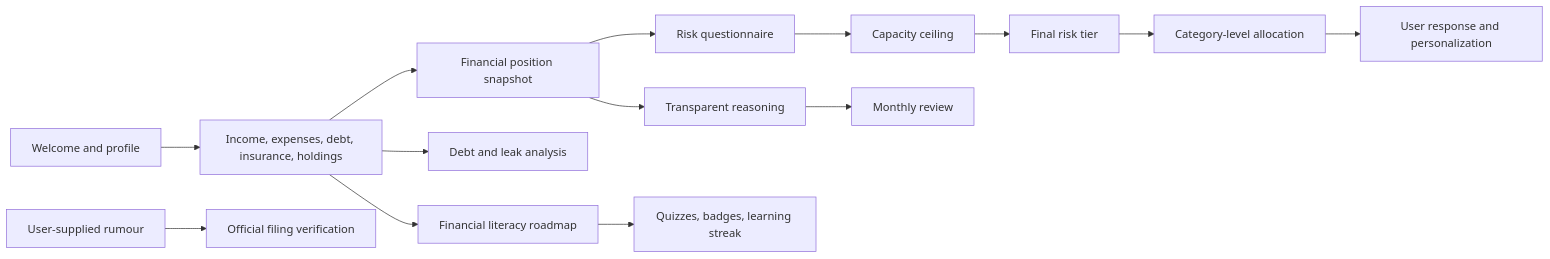
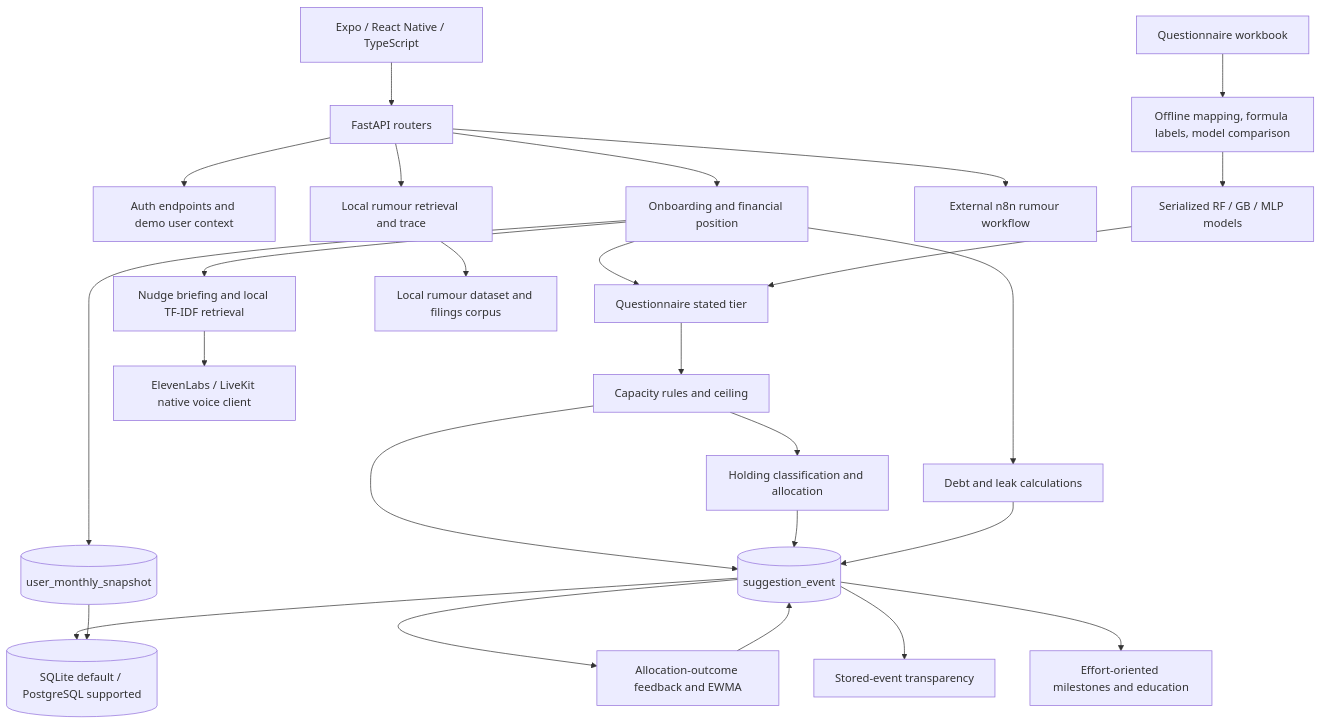
Before and after one commit to saun09/Finance_LY_Project: the diagram in README.md, drawn with Mermaid. The commit also changed other lines of this file and 191 other files, not shown here.

````diff
--- a/README.md
+++ b/README.md
@@ -145,16 +88,43 @@
 ```mermaid
-flowchart LR
-    A[Welcome and profile] --> B[Income, expenses, debt, insurance, holdings]
-    B --> C[Financial position snapshot]
-    C --> D[Risk questionnaire]
-    D --> E[Capacity ceiling]
-    E --> F[Final risk tier]
-    F --> G[Category-level allocation]
-    B --> H[Debt and leak analysis]
-    G --> I[User response and personalization]
-    C --> J[Transparent reasoning]
-    J --> K[Monthly review]
-    B --> L[Financial literacy roadmap]
-    L --> M[Quizzes, badges, learning streak]
-    N[User-supplied rumour] --> O[Official filing verification]
+flowchart TD
+  UI[Expo / React Native / TypeScript]
+  API[FastAPI routers]
+  AUTH[Auth endpoints and demo user context]
+  ONB[Onboarding and financial position]
+  RISK[Questionnaire stated tier]
+  CAP[Capacity rules and ceiling]
+  ALLOC[Holding classification and allocation]
+  DEBT[Debt and leak calculations]
+  FB[Allocation-outcome feedback and EWMA]
+  TRANS[Stored-event transparency]
+  GAM[Effort-oriented milestones and education]
+  NUDGE[Nudge briefing and local TF-IDF retrieval]
+  NATIVE[ElevenLabs / LiveKit native voice client]
+  LOCAL[Local rumour retrieval and trace]
+  N8N[External n8n rumour workflow]
+  EVENTS[(suggestion_event)]
+  SNAP[(user_monthly_snapshot)]
+  DB[(SQLite default / PostgreSQL supported)]
+  XLSX[Questionnaire workbook]
+  TRAIN[Offline mapping, formula labels, model comparison]
+  PKL[Serialized RF / GB / MLP models]
+  CORPUS[Local rumour dataset and filings corpus]
+
+  UI --> API
+  API --> AUTH
+  API --> ONB --> SNAP
+  ONB --> RISK --> CAP --> EVENTS
+  CAP --> ALLOC --> EVENTS
+  ONB --> DEBT --> EVENTS
+  EVENTS --> FB --> EVENTS
+  EVENTS --> TRANS
+  EVENTS --> GAM
+  ONB --> NUDGE
+  NUDGE --> NATIVE
+  API --> LOCAL --> CORPUS
+  API --> N8N
+  EVENTS --> DB
+  SNAP --> DB
+  XLSX --> TRAIN --> PKL
+  PKL --> RISK
 ```
````
